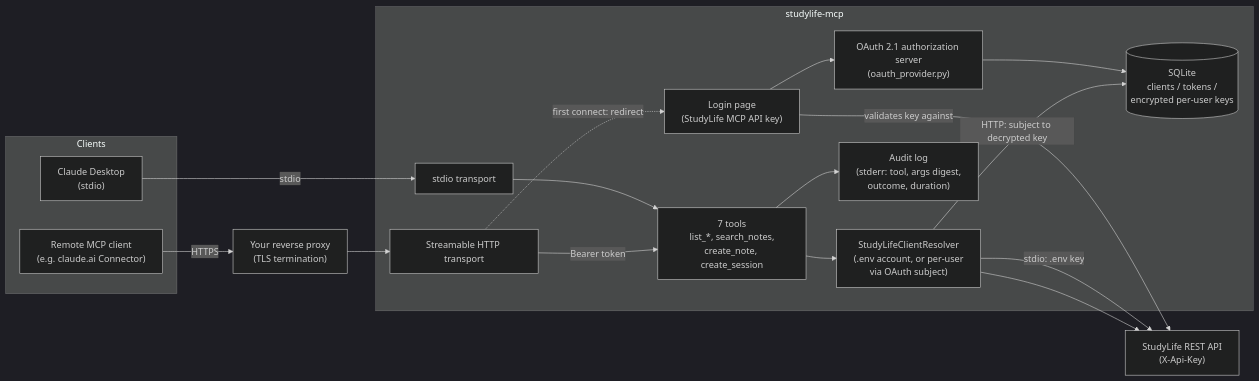
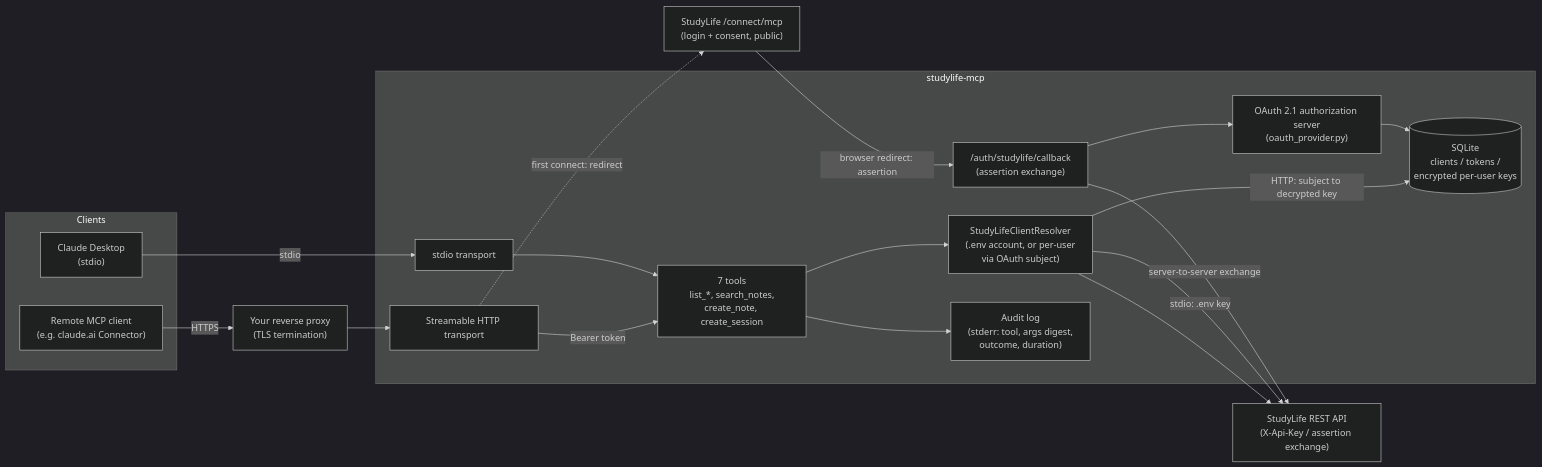
The diagram in README.md (lukislp/studylife-mcp), drawn with Mermaid (dark theme) before and after one commit. The commit also changed other lines of this file and 16 other files, not shown here.

First line of the commit message:
feat: derive identity from StudyLife instead of the API key hash

````diff
--- a/README.md
+++ b/README.md
@@ -58,37 +58,39 @@
 ```mermaid
 flowchart LR
     subgraph Clients
         Desktop["Claude Desktop\n(stdio)"]
         Remote["Remote MCP client\n(e.g. claude.ai Connector)"]
     end
 
     Proxy["Your reverse proxy\n(TLS termination)"]
 
     subgraph MCP["studylife-mcp"]
         StdioT["stdio transport"]
         HttpT["Streamable HTTP transport"]
         AS["OAuth 2.1 authorization server\n(oauth_provider.py)"]
-        Login["Login page\n(StudyLife MCP API key)"]
+        Callback["/auth/studylife/callback\n(assertion exchange)"]
         OAuthDB[("SQLite\nclients / tokens /\nencrypted per-user keys")]
         Resolver["StudyLifeClientResolver\n(.env account, or per-user\nvia OAuth subject)"]
         Tools["7 tools\nlist_*, search_notes,\ncreate_note, create_session"]
         Audit["Audit log\n(stderr: tool, args digest,\noutcome, duration)"]
     end
 
-    StudyLifeAPI["StudyLife REST API\n(X-Api-Key)"]
+    StudyLifeConnect["StudyLife /connect/mcp\n(login + consent, public)"]
+    StudyLifeAPI["StudyLife REST API\n(X-Api-Key / assertion exchange)"]
 
     Desktop -- stdio --> StdioT
     Remote -- HTTPS --> Proxy
     Proxy --> HttpT
-    HttpT -. "first connect: redirect" .-> Login
-    Login -- validates key against --> StudyLifeAPI
-    Login --> AS
+    HttpT -. "first connect: redirect" .-> StudyLifeConnect
+    StudyLifeConnect -- "browser redirect: assertion" --> Callback
+    Callback -- "server-to-server exchange" --> StudyLifeAPI
+    Callback --> AS
     AS --> OAuthDB
     StdioT --> Tools
     HttpT -- Bearer token --> Tools
     Tools --> Resolver
     Resolver -- "stdio: .env key" --> StudyLifeAPI
     Resolver -- "HTTP: subject to decrypted key" --> OAuthDB
     Resolver --> StudyLifeAPI
     Tools --> Audit
 ```
````
